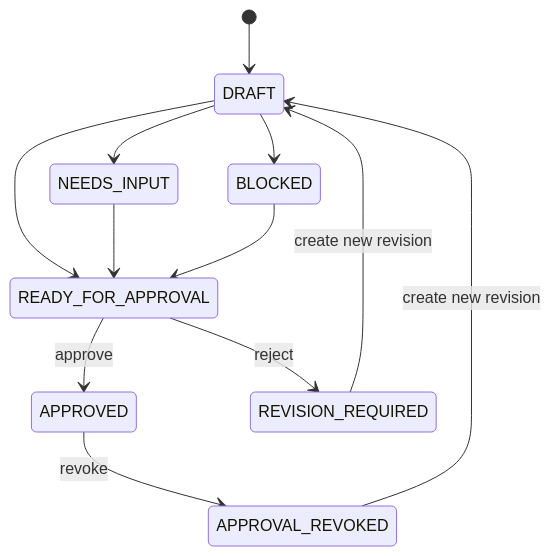
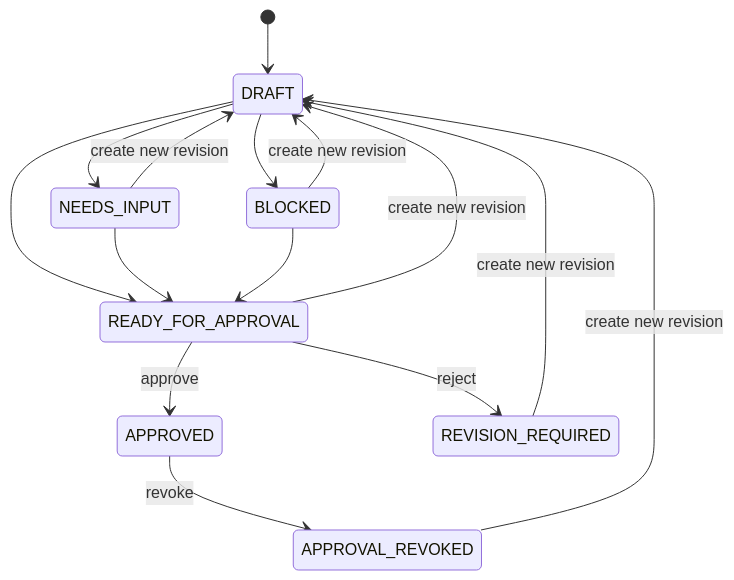
One commit to Canqiang/connexup-seo-ops changed the second of 3 diagrams in docs/superpowers/specs/2026-08-17-seo-ops-control-plane-core-ai-uat-design.md. Above: the diagram before and after it, drawn with Mermaid. The commit also changed other lines of this file, not shown here.

````diff
--- a/docs/superpowers/specs/2026-08-17-seo-ops-control-plane-core-ai-uat-design.md
+++ b/docs/superpowers/specs/2026-08-17-seo-ops-control-plane-core-ai-uat-design.md
@@ -388,14 +390,17 @@
 ```mermaid
 stateDiagram-v2
     [*] --> DRAFT
     DRAFT --> NEEDS_INPUT
     DRAFT --> BLOCKED
     DRAFT --> READY_FOR_APPROVAL
     NEEDS_INPUT --> READY_FOR_APPROVAL
     BLOCKED --> READY_FOR_APPROVAL
+    NEEDS_INPUT --> DRAFT: create new revision
+    BLOCKED --> DRAFT: create new revision
+    READY_FOR_APPROVAL --> DRAFT: create new revision
     READY_FOR_APPROVAL --> APPROVED: approve
     READY_FOR_APPROVAL --> REVISION_REQUIRED: reject
     APPROVED --> APPROVAL_REVOKED: revoke
     REVISION_REQUIRED --> DRAFT: create new revision
     APPROVAL_REVOKED --> DRAFT: create new revision
 ```
````
